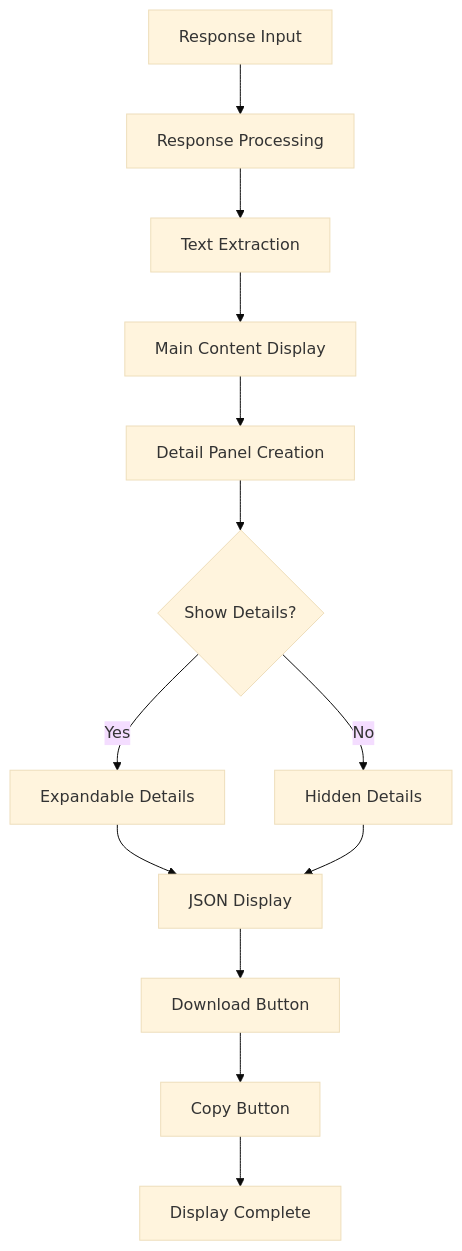
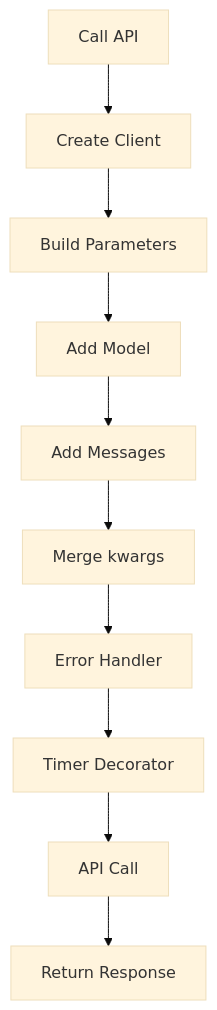
One commit to nakashima2toshio/anthropic_api_jp changed the eighth of 10 diagrams in doc/helper_st.md. Above: the diagram before and after it, drawn with Mermaid (base theme). The commit also changed other lines of this file and 12 other files, not shown here.

````diff
--- a/doc/helper_st.md
+++ b/doc/helper_st.md
@@ -364,15 +353,12 @@
 ```mermaid
 graph TD
-    A["Response Input"] --> B["Response Processing"]
-    B --> C["Text Extraction"]
-    C --> D["Main Content Display"]
-    D --> E["Detail Panel Creation"]
-    E --> F{"Show Details?"}
-    F -->|Yes| G["Expandable Details"]
-    F -->|No| H["Hidden Details"]
-    G --> I["JSON Display"]
-    H --> I
-    I --> J["Download Button"]
-    J --> K["Copy Button"]
-    K --> L["Display Complete"]
+    A["Call API"] --> B["Create Client"]
+    B --> C["Build Parameters"]
+    C --> D["Add Model"]
+    D --> E["Add Messages"]
+    E --> F["Merge kwargs"]
+    F --> G["Error Handler"]
+    G --> H["Timer Decorator"]
+    H --> I["API Call"]
+    I --> J["Return Response"]
 ```
````
